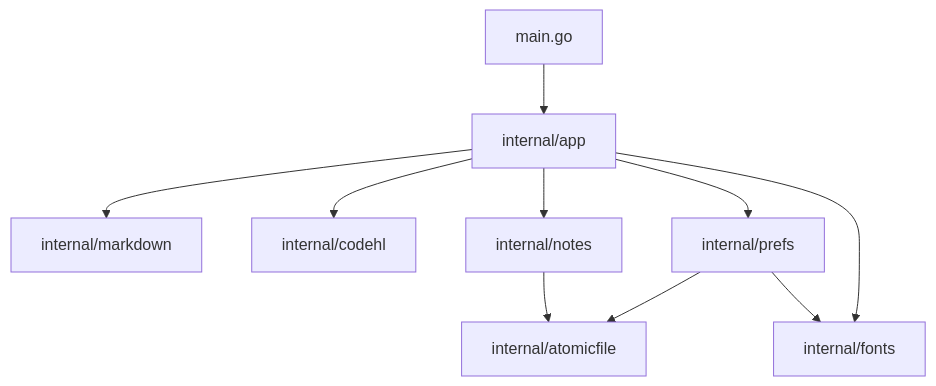
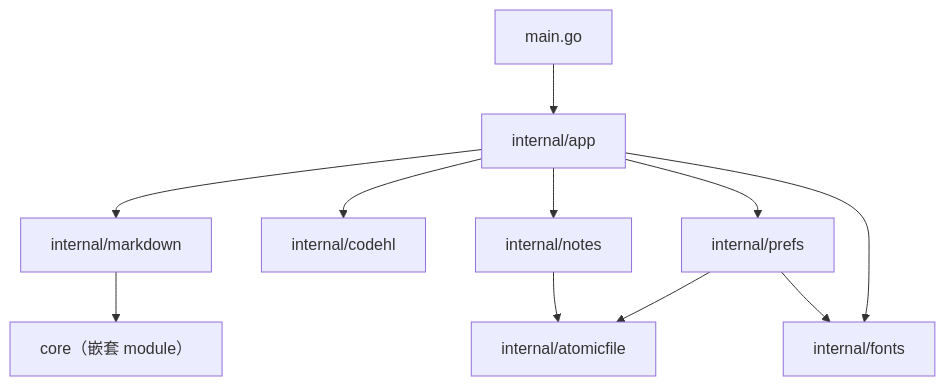
The diagram in docs/engineering-standard.md (blackbot7k-boop/Zakki), drawn with Mermaid before and after one commit. The commit also changed other lines of this file and 4 other files, not shown here.

````diff
--- a/docs/engineering-standard.md
+++ b/docs/engineering-standard.md
@@ -45,20 +46,22 @@
 ```mermaid
 flowchart TD
     entry["main.go"]
     appPkg["internal/app"]
     mdPkg["internal/markdown"]
     hlPkg["internal/codehl"]
     notesPkg["internal/notes"]
     prefsPkg["internal/prefs"]
     fontsPkg["internal/fonts"]
     atomicPkg["internal/atomicfile"]
+    corePkg["core（嵌套 module）"]
     entry --> appPkg
     appPkg --> mdPkg
     appPkg --> hlPkg
     appPkg --> notesPkg
     appPkg --> prefsPkg
     appPkg --> fontsPkg
     prefsPkg --> atomicPkg
     prefsPkg --> fontsPkg
     notesPkg --> atomicPkg
+    mdPkg --> corePkg
 ```
````
